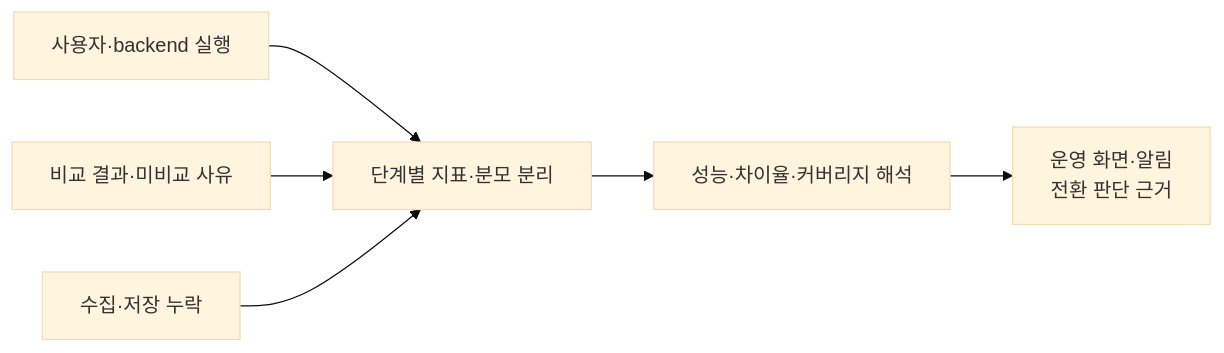
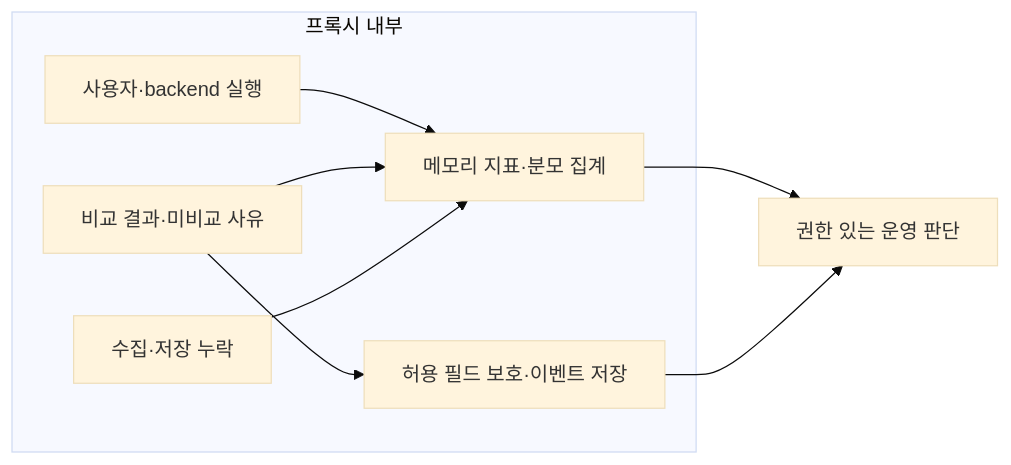
The diagram in docs/observability/README.md (kimchanhyung98/api-migration-proxy), drawn with Mermaid (base theme) before and after one commit. The commit also changed other lines of this file and 12 other files, not shown here.

````diff
--- a/docs/observability/README.md
+++ b/docs/observability/README.md
@@ -7,8 +37,11 @@
 ```mermaid
 flowchart LR
-    A["사용자·backend 실행"] --> D["단계별 지표·분모 분리"]
-    B["비교 결과·미비교 사유"] --> D
-    C["수집·저장 누락"] --> D
-    D --> E["성능·차이율·커버리지 해석"]
-    E --> F["운영 화면·알림<br/>전환 판단 근거"]
+    subgraph Proxy["프록시 내부"]
+        A["사용자·backend 실행"] --> D["메모리 지표·분모 집계"]
+        B["비교 결과·미비교 사유"] --> D
+        C["수집·저장 누락"] --> D
+        B --> E["허용 필드 보호·이벤트 저장"]
+    end
+    D --> F["권한 있는 운영 판단"]
+    E --> F
 ```
````
